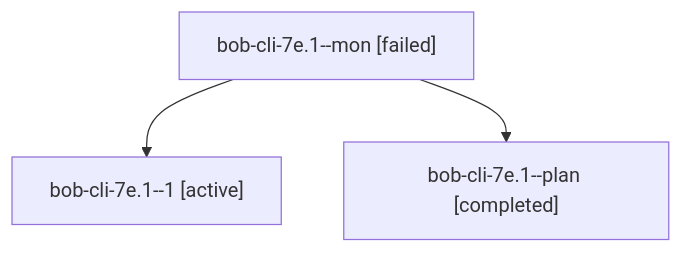
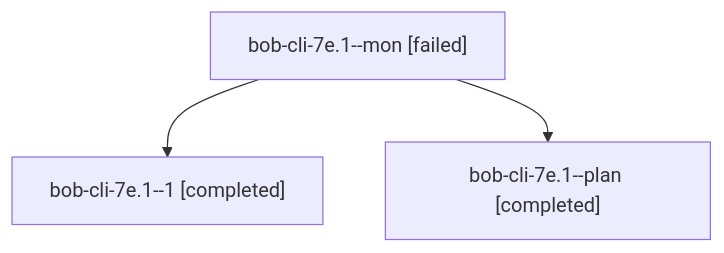
One commit to bobs-org/bob-cli--agents changed the diagram in sessions/bbugyi200.athena.bob-cli-7e.1.md. Above: the diagram before and after it, drawn with Mermaid. The commit also changed other lines of this file and 65 other files, not shown here.

````diff
--- a/sessions/bbugyi200.athena.bob-cli-7e.1.md
+++ b/sessions/bbugyi200.athena.bob-cli-7e.1.md
@@ -9,8 +9,8 @@
 ```mermaid
 flowchart TD
   n0["bob-cli-7e.1--mon [failed]"]
-  n1["bob-cli-7e.1--1 [active]"]
+  n1["bob-cli-7e.1--1 [completed]"]
   n0 --> n1
   n2["bob-cli-7e.1--plan [completed]"]
   n0 --> n2
 ```
````
